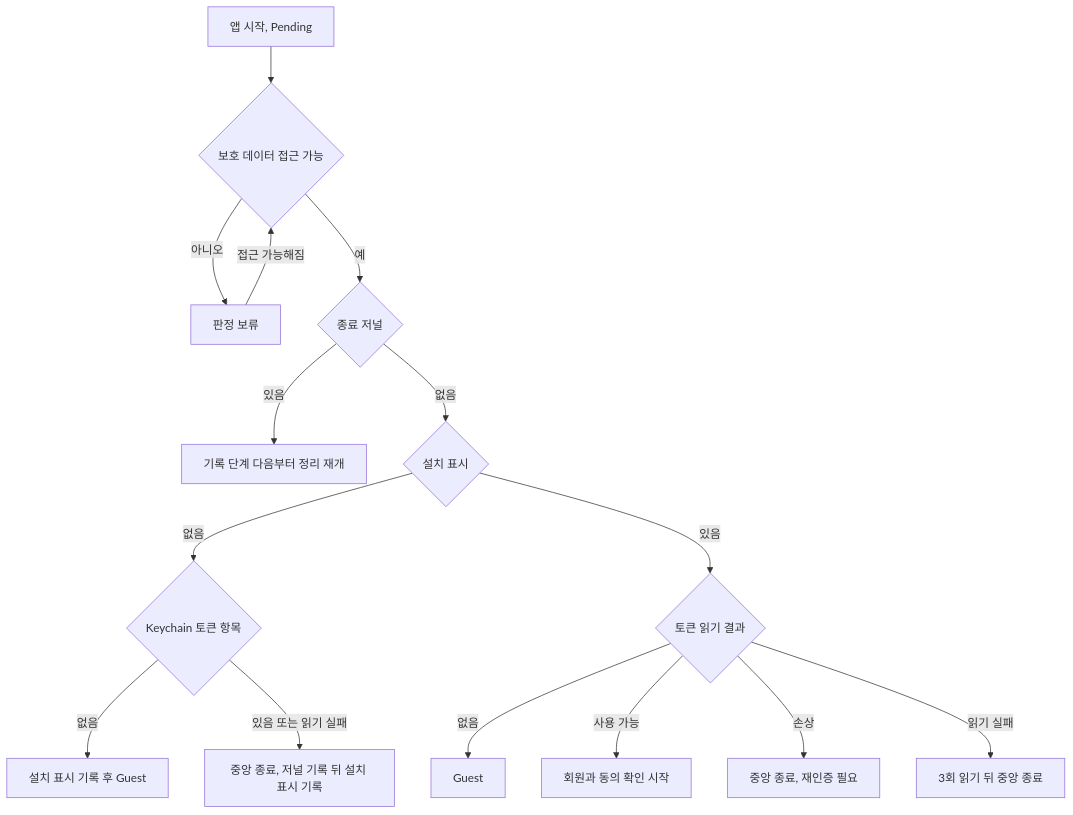
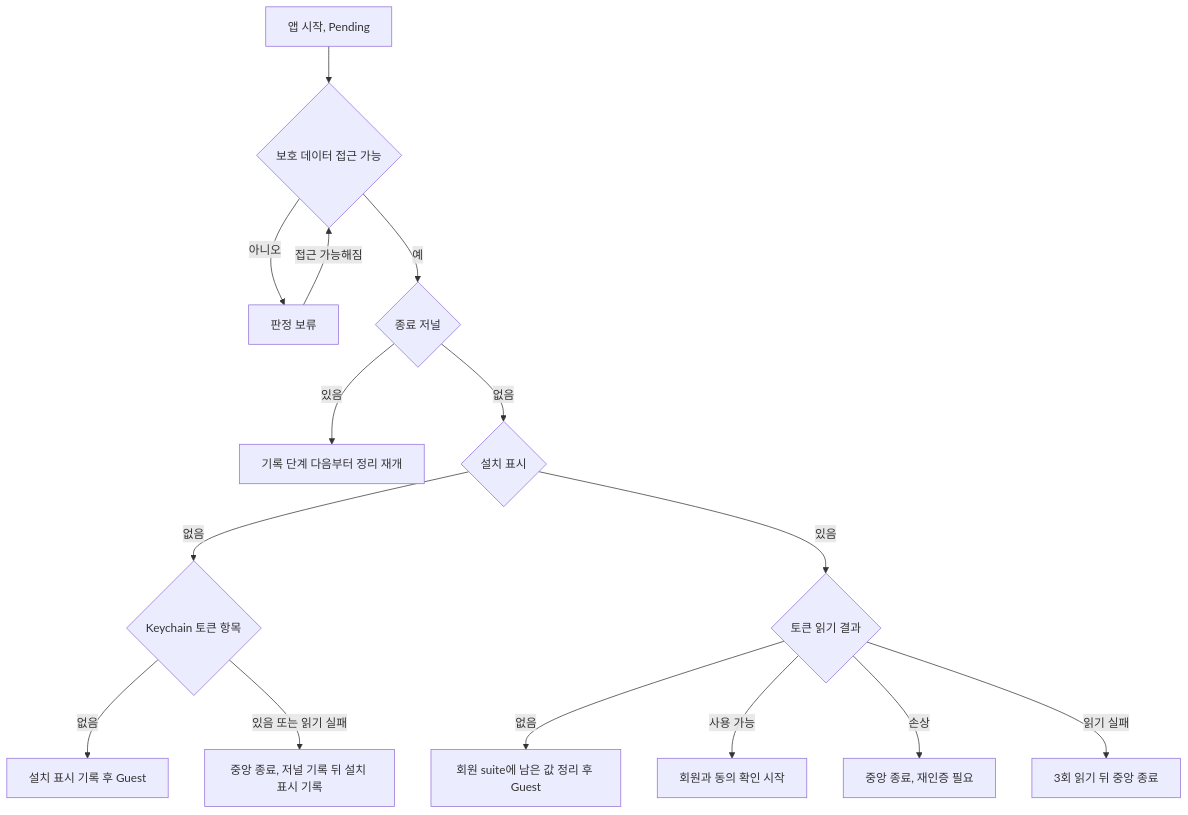
One commit to KIM-N-KANG/knk-harness changed the third of 3 diagrams in docs/spec/ACCOUNT/CLIENT/IOS/4-4-EXECUTION.md. Above: the diagram before and after it, drawn with Mermaid. The commit also changed other lines of this file and 46 other files, not shown here.

````diff
--- a/docs/spec/ACCOUNT/CLIENT/IOS/4-4-EXECUTION.md
+++ b/docs/spec/ACCOUNT/CLIENT/IOS/4-4-EXECUTION.md
@@ -98,17 +98,17 @@
 ```mermaid
 flowchart TD
     A["앱 시작, Pending"] --> B{"보호 데이터 접근 가능"}
     B -->|아니오| W["판정 보류"]
     W -->|접근 가능해짐| B
     B -->|예| J{"종료 저널"}
     J -->|있음| Resume["기록 단계 다음부터 정리 재개"]
     J -->|없음| C{"설치 표시"}
     C -->|없음| D{"Keychain 토큰 항목"}
     D -->|없음| M["설치 표시 기록 후 Guest"]
     D -->|있음 또는 읽기 실패| T1["중앙 종료, 저널 기록 뒤 설치 표시 기록"]
     C -->|있음| E{"토큰 읽기 결과"}
-    E -->|없음| Guest["Guest"]
+    E -->|없음| Guest["회원 suite에 남은 값 정리 후 Guest"]
     E -->|사용 가능| Member["회원과 동의 확인 시작"]
     E -->|손상| T2["중앙 종료, 재인증 필요"]
     E -->|읽기 실패| U["3회 읽기 뒤 중앙 종료"]
 ```
````
